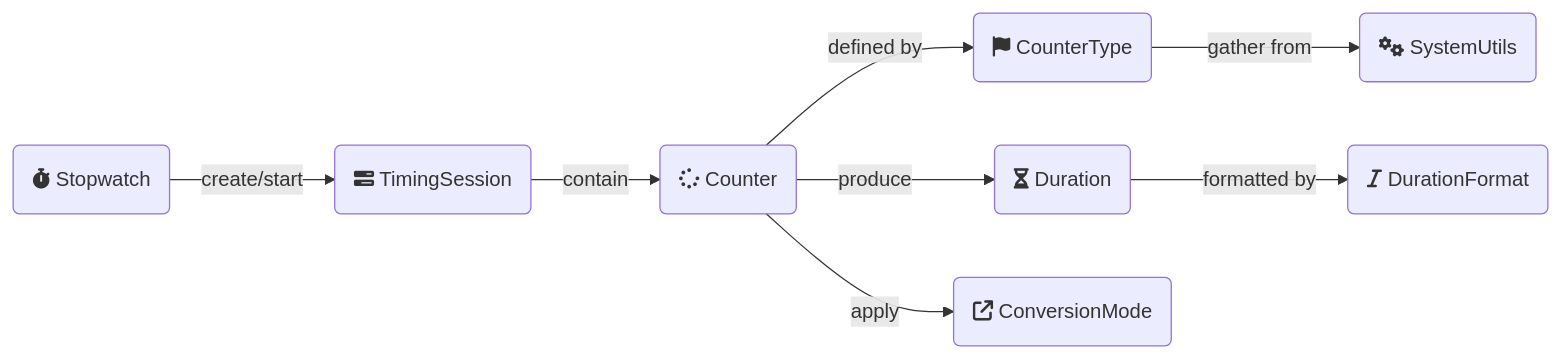
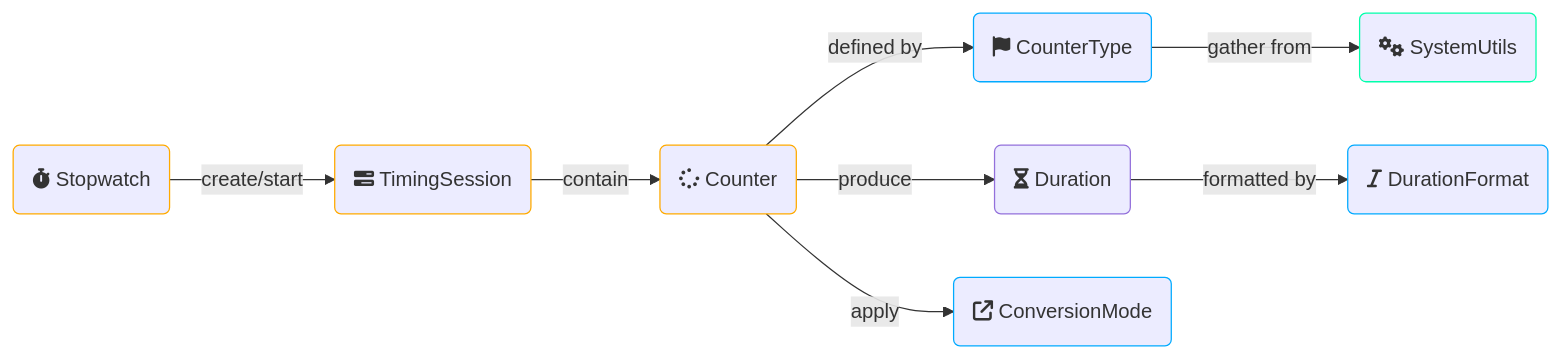
One commit to oswaldobapvicjr/performetrics changed the second of 2 diagrams in README.md. Above: the diagram before and after it, drawn with Mermaid.

````diff
--- a/README.md
+++ b/README.md
@@ -256,19 +256,23 @@
 ```mermaid
 flowchart LR
-  S(fa:fa-stopwatch Stopwatch)
-  T(fa:fa-bars-progress TimingSession)
-  CT(fa:fa-flag CounterType)
-  C(fa:fa-spinner Counter)
+  S(fa:fa-stopwatch Stopwatch):::yellow
+  T(fa:fa-bars-progress TimingSession):::yellow
+  CT(fa:fa-flag CounterType):::blue
+  C(fa:fa-spinner Counter):::yellow
   D(fa:fa-hourglass-half Duration)
-  CM(fa:fa-arrow-up-right-from-square ConversionMode)
-  DF(fa:fa-italic DurationFormat)
-  SU(fa:fa-gears SystemUtils)
+  CM(fa:fa-arrow-up-right-from-square ConversionMode):::blue
+  DF(fa:fa-italic DurationFormat):::blue
+  SU(fa:fa-gears SystemUtils):::green
 
   S -->|create/start| T
   T -->|contain| C
   C -->|defined by| CT
   C -->|produce| D
   C -->|apply| CM
   D -->|formatted by| DF
   CT -->|gather from| SU
+
+  classDef yellow stroke:#fa0
+  classDef blue stroke:#0af
+  classDef green stroke:#0fa
 ```
````
